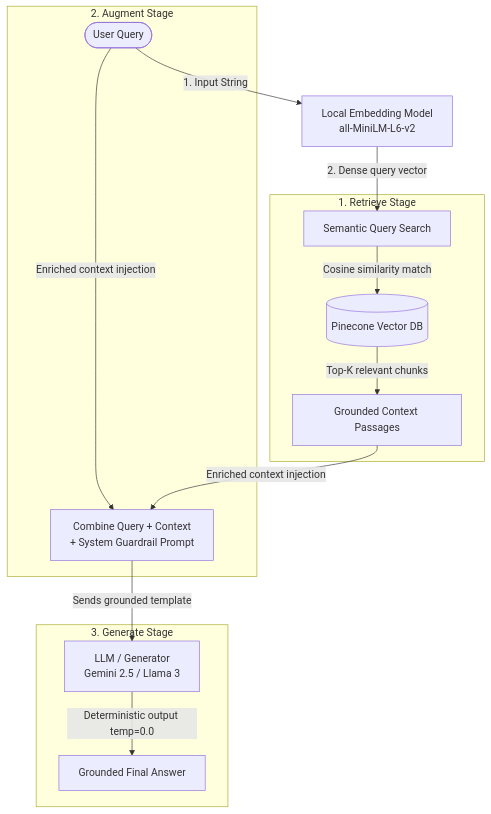
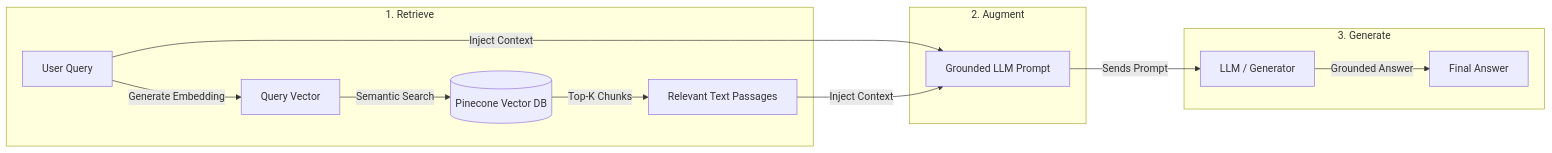
One commit to ASHUTOSHPATEL1/asusf16 changed the first of 3 diagrams in README.md. Above: the diagram before and after it, drawn with Mermaid. The commit also changed other lines of this file, not shown here.

Commit message:
docs: simplify Core RAG diagram and show query embedding stage

````diff
--- a/README.md
+++ b/README.md
@@ -37,19 +37,17 @@
 ```mermaid
-graph TD
-    UserQuery([User Query]) -->|1. Input String| Encoder[Local Embedding Model<br/>all-MiniLM-L6-v2]
-    Encoder -->|2. Dense query vector| VectorSearch[Semantic Query Search]
-    
-    subgraph Retrieval [1. Retrieve Stage]
-        VectorSearch -->|Cosine similarity match| PineconeDB[(Pinecone Vector DB)]
-        PineconeDB -->|Top-K relevant chunks| Chunks[Grounded Context Passages]
+graph LR
+    subgraph Retrieval [1. Retrieve]
+        Query[User Query] -->|Generate Embedding| EmbeddedQuery[Query Vector]
+        EmbeddedQuery -->|Semantic Search| VectorDB[(Pinecone Vector DB)]
+        VectorDB -->|Top-K Chunks| Chunks[Relevant Text Passages]
     end
 
-    subgraph Augmentation [2. Augment Stage]
-        UserQuery & Chunks -->|Enriched context injection| PromptBuilder[Combine Query + Context<br/>+ System Guardrail Prompt]
+    subgraph Augmentation [2. Augment]
+        Query & Chunks -->|Inject Context| ContextPrompt[Grounded LLM Prompt]
     end
 
-    subgraph Generation [3. Generate Stage]
-        PromptBuilder -->|Sends grounded template| LLM[LLM / Generator<br/>Gemini 2.5 / Llama 3]
-        LLM -->|Deterministic output temp=0.0| FinalAnswer[Grounded Final Answer]
+    subgraph Generation [3. Generate]
+        ContextPrompt -->|Sends Prompt| LLM[LLM / Generator]
+        LLM -->|Grounded Answer| Answer[Final Answer]
     end
 ```
````
